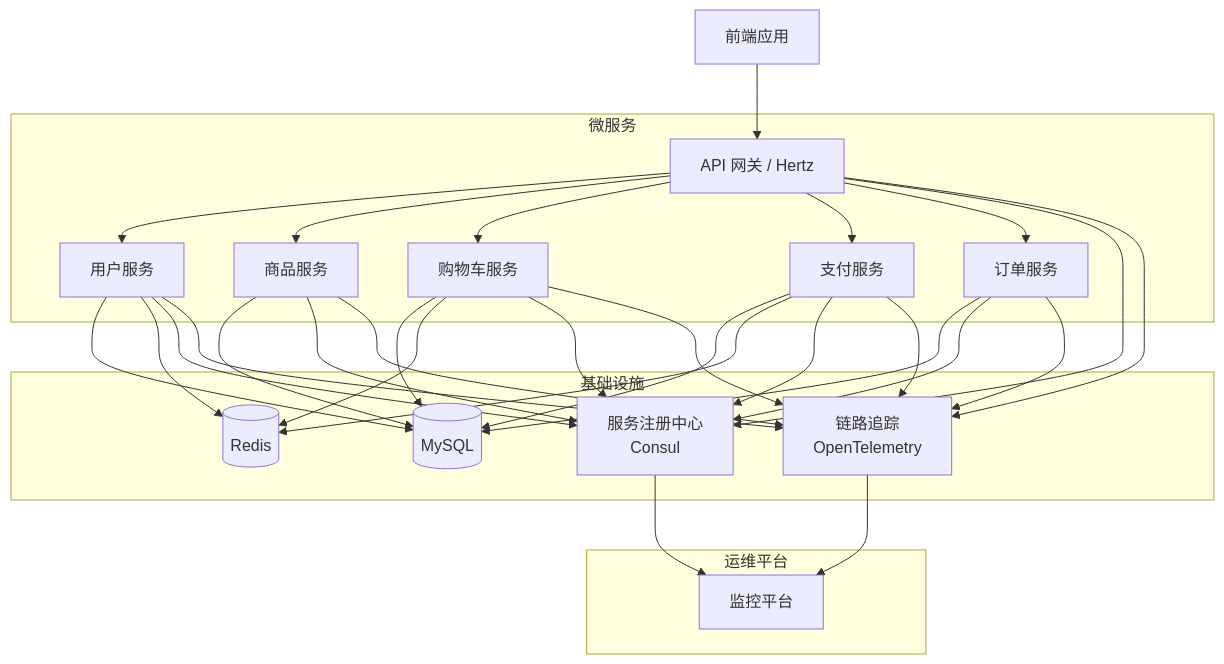
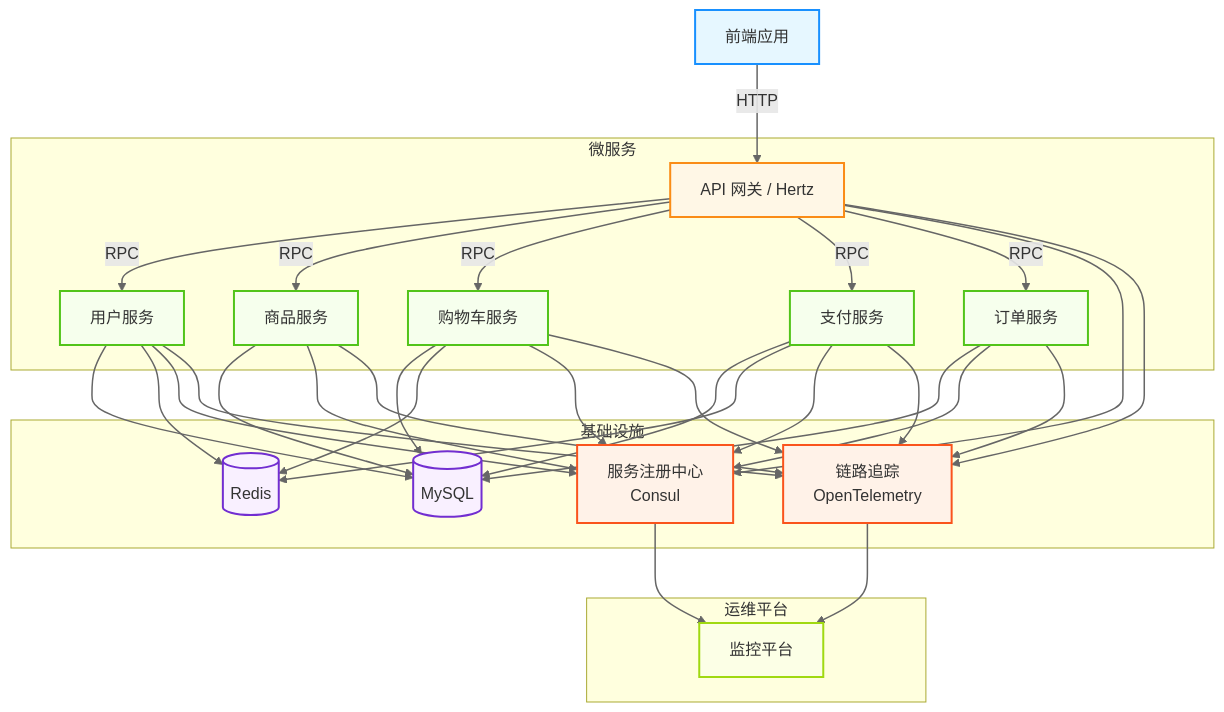
One commit to Zqzqsb/GoMall changed the diagram in README.md. Above: the diagram before and after it, drawn with Mermaid.

````diff
--- a/README.md
+++ b/README.md
@@ -5,43 +5,55 @@
 ```mermaid
-graph TD
-    Client[前端应用] --> ApiGateway[API 网关 / Hertz]
+flowchart TD
+    %% 设置节点样式
+    classDef client fill:#e6f7ff,stroke:#1890ff,stroke-width:2px
+    classDef gateway fill:#fff7e6,stroke:#fa8c16,stroke-width:2px  
+    classDef service fill:#f6ffed,stroke:#52c41a,stroke-width:2px
+    classDef database fill:#f9f0ff,stroke:#722ed1,stroke-width:2px
+    classDef infra fill:#fff2e8,stroke:#fa541c,stroke-width:2px
+    classDef monitor fill:#fcffe6,stroke:#a0d911,stroke-width:2px
+
+    %% 节点定义
+    Client[前端应用]:::client --> |HTTP| ApiGateway[API 网关 / Hertz]:::gateway
 
     subgraph 微服务
-        ApiGateway --> UserService[用户服务]
-        ApiGateway --> ProductService[商品服务]
-        ApiGateway --> CartService[购物车服务]
-        ApiGateway --> PaymentService[支付服务]
-        ApiGateway --> OrderService[订单服务]
+        ApiGateway -->|RPC| UserService[用户服务]:::service
+        ApiGateway -->|RPC| ProductService[商品服务]:::service
+        ApiGateway -->|RPC| CartService[购物车服务]:::service
+        ApiGateway -->|RPC| PaymentService[支付服务]:::service
+        ApiGateway -->|RPC| OrderService[订单服务]:::service
     end
 
     subgraph 基础设施
-        UserService --> DB[(MySQL)]
+        UserService --> DB[(MySQL)]:::database
         ProductService --> DB
         CartService --> DB
         PaymentService --> DB
         OrderService --> DB
 
-        UserService --> Cache[(Redis)]
+        UserService --> Cache[(Redis)]:::database
         CartService --> Cache
         PaymentService --> Cache
 
-        ApiGateway --> Registry[服务注册中心\nConsul]
+        ApiGateway --> Registry[服务注册中心\nConsul]:::infra
         UserService --> Registry
         ProductService --> Registry
         CartService --> Registry
         PaymentService --> Registry
         OrderService --> Registry
 
-        ApiGateway --> Tracing[链路追踪\nOpenTelemetry]
+        ApiGateway --> Tracing[链路追踪\nOpenTelemetry]:::infra
         UserService --> Tracing
         ProductService --> Tracing
         CartService --> Tracing
         PaymentService --> Tracing
         OrderService --> Tracing
     end
 
     subgraph 运维平台
-        Tracing --> Monitor[监控平台]
+        Tracing --> Monitor[监控平台]:::monitor
         Registry --> Monitor
     end
+
+    %% 设置连接线样式 - 直线
+    linkStyle default stroke:#666,stroke-width:1.5px
 ```
````
